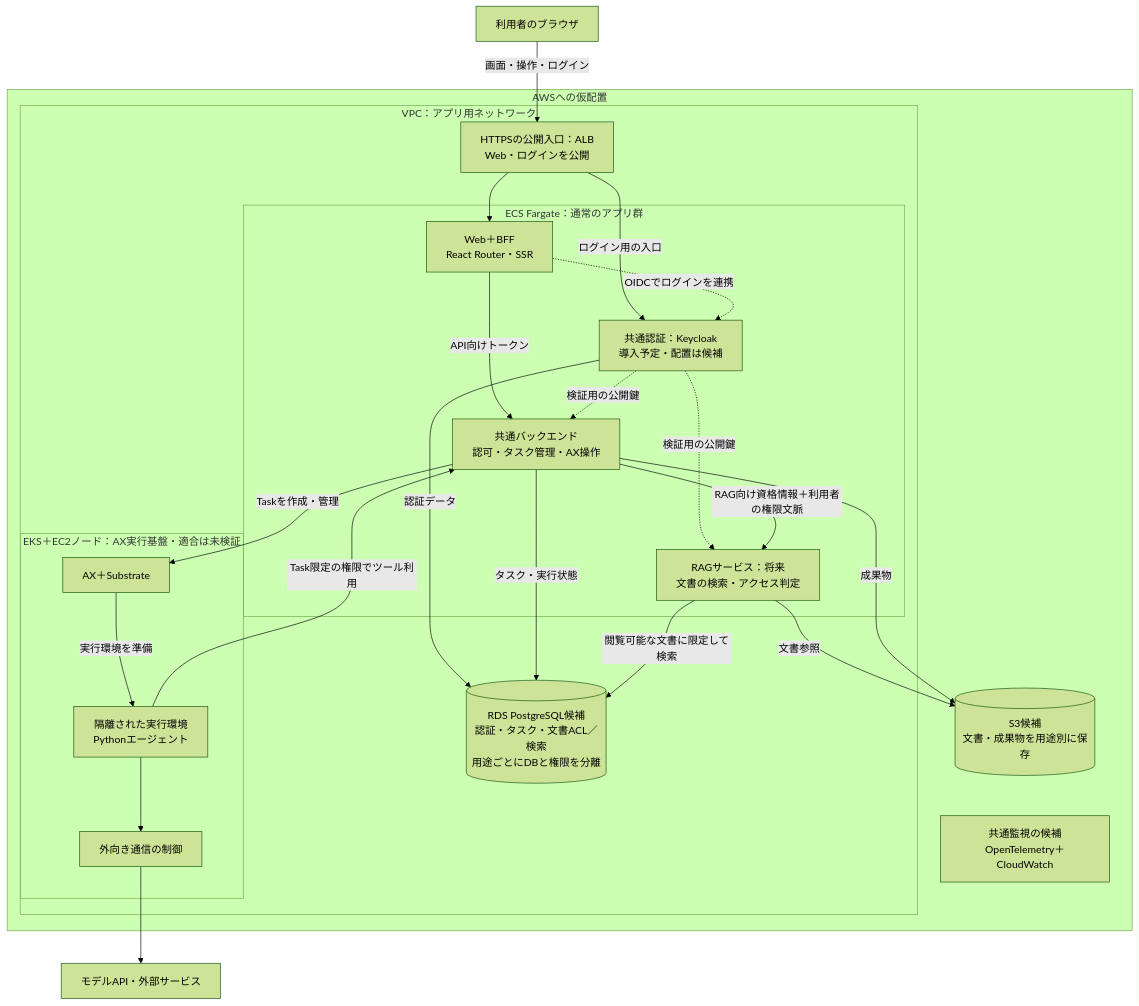
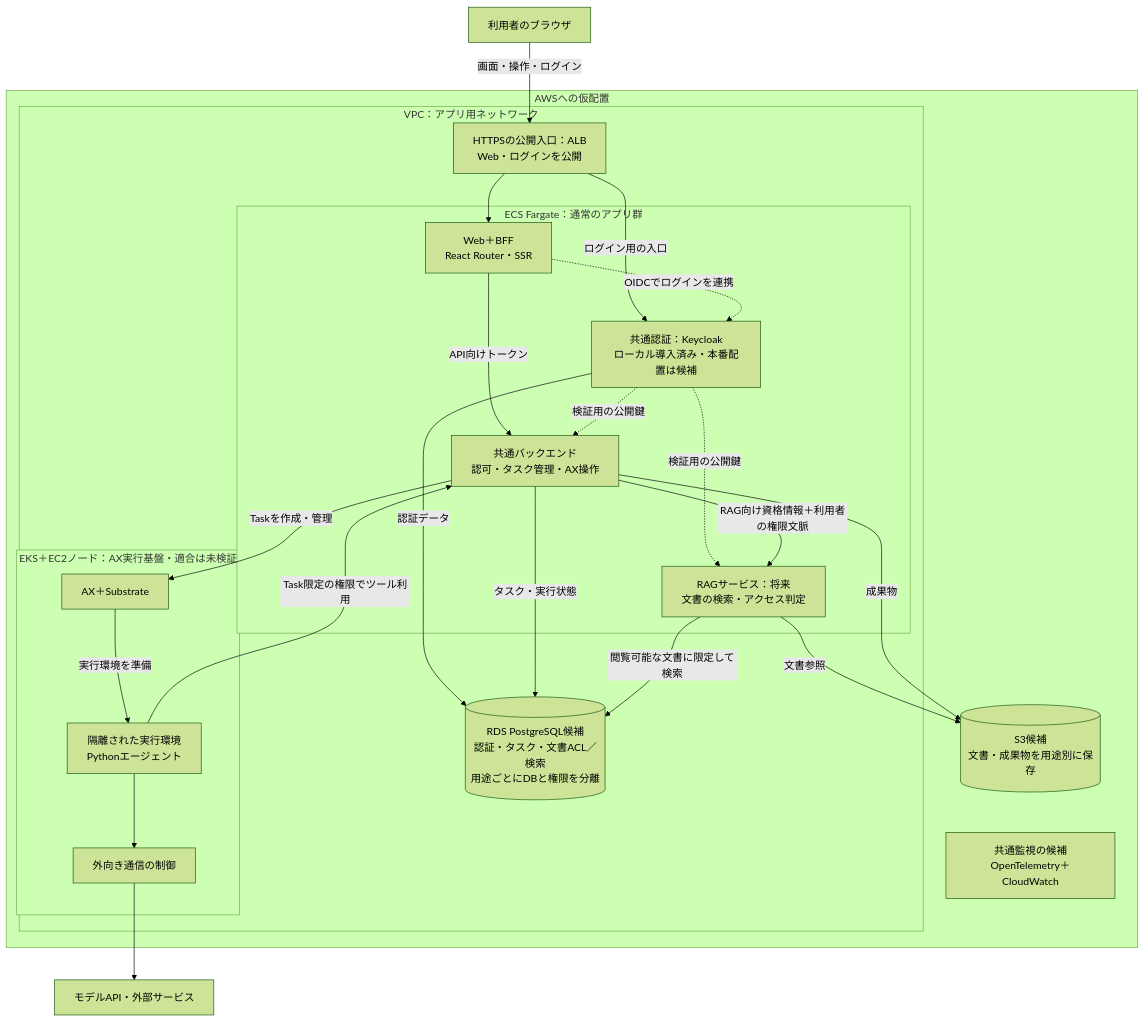
The diagram in docs/web-architecture.md (sori883/agent-workspace), drawn with Mermaid (forest theme) before and after one commit. The commit also changed other lines of this file and 90 other files, not shown here.

````diff
--- a/docs/web-architecture.md
+++ b/docs/web-architecture.md
@@ -15,43 +15,43 @@
 ```mermaid
 flowchart TB
   Browser["利用者のブラウザ"]
   Model["モデルAPI・外部サービス"]
 
   subgraph AWS["AWSへの仮配置"]
     subgraph VPC["VPC：アプリ用ネットワーク"]
       Ingress["HTTPSの公開入口：ALB<br/>Web・ログインを公開"]
       subgraph ECS["ECS Fargate：通常のアプリ群"]
         Web["Web＋BFF<br/>React Router・SSR"]
         API["共通バックエンド<br/>認可・タスク管理・AX操作"]
-        IdP["共通認証：Keycloak<br/>導入予定・配置は候補"]
+        IdP["共通認証：Keycloak<br/>ローカル導入済み・本番配置は候補"]
         RAG["RAGサービス：将来<br/>文書の検索・アクセス判定"]
       end
       subgraph EKS["EKS＋EC2ノード：AX実行基盤・適合は未検証"]
         AX["AX＋Substrate"]
         Agent["隔離された実行環境<br/>Pythonエージェント"]
         Egress["外向き通信の制御"]
       end
       DB[("RDS PostgreSQL候補<br/>認証・タスク・文書ACL／検索<br/>用途ごとにDBと権限を分離")]
     end
     Storage[("S3候補<br/>文書・成果物を用途別に保存")]
     Observe["共通監視の候補<br/>OpenTelemetry＋CloudWatch"]
   end
 
   Browser -->|"画面・操作・ログイン"| Ingress
   Ingress --> Web
   Ingress -->|"ログイン用の入口"| IdP
   Web -->|"API向けトークン"| API
   Web -.->|"OIDCでログインを連携"| IdP
   IdP -.->|"検証用の公開鍵"| API
   IdP -.->|"検証用の公開鍵"| RAG
   API -->|"Taskを作成・管理"| AX
   AX -->|"実行環境を準備"| Agent
   Agent -->|"Task限定の権限でツール利用"| API
   API -->|"RAG向け資格情報＋利用者の権限文脈"| RAG
   IdP -->|"認証データ"| DB
   API -->|"タスク・実行状態"| DB
   RAG -->|"閲覧可能な文書に限定して検索"| DB
   RAG -->|"文書参照"| Storage
   API -->|"成果物"| Storage
   Agent --> Egress --> Model
 ```
````
